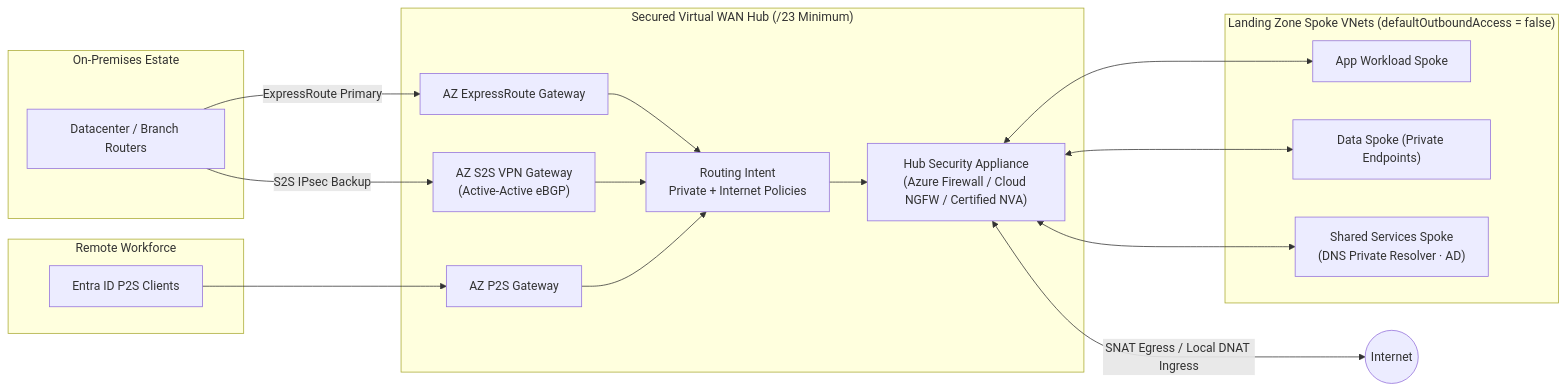
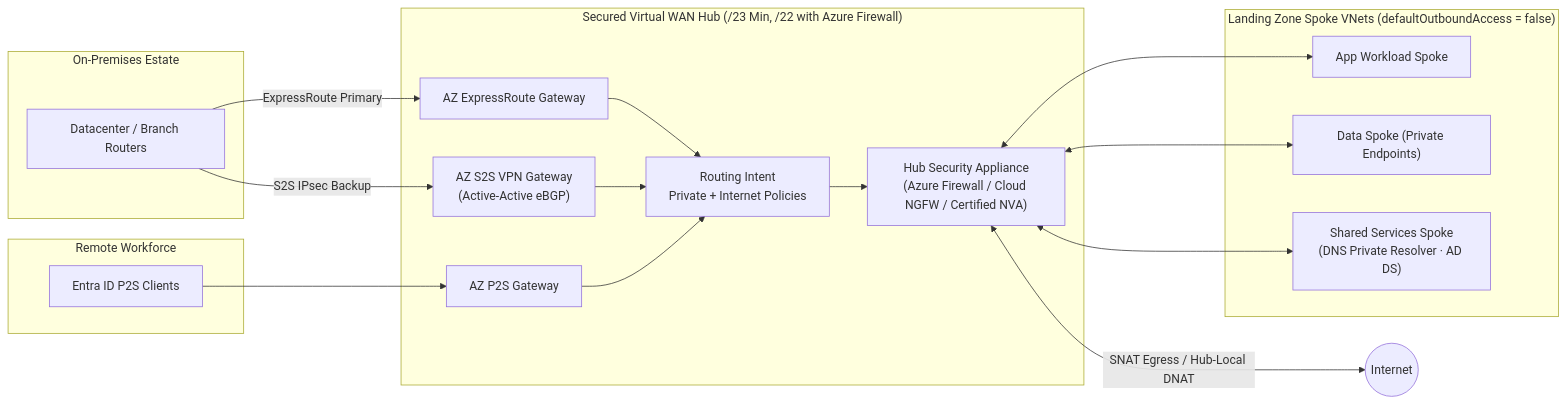
The diagram in src/content/docs/06-operations-reviews/vwan-review-checklist.md (jonathan-vella/azure-networking), drawn with Mermaid before and after one commit. The commit also changed other lines of this file and 4 other files, not shown here.

First line of the commit message:
docs(reviews): fact-check Virtual WAN checklist, addendum & FAQ and add review SVGs

````diff
--- a/src/content/docs/06-operations-reviews/vwan-review-checklist.md
+++ b/src/content/docs/06-operations-reviews/vwan-review-checklist.md
@@ -32,34 +36,34 @@
 ```mermaid
 flowchart LR
   subgraph OnPrem["On-Premises Estate"]
     BR["Datacenter / Branch Routers"]
   end
   subgraph Users["Remote Workforce"]
     P2S["Entra ID P2S Clients"]
   end
-  subgraph VWAN["Secured Virtual WAN Hub (/23 Minimum)"]
+  subgraph VWAN["Secured Virtual WAN Hub (/23 Min, /22 with Azure Firewall)"]
     ERG["AZ ExpressRoute Gateway"]
     S2S["AZ S2S VPN Gateway<br/>(Active-Active eBGP)"]
     P2SG["AZ P2S Gateway"]
     RI["Routing Intent<br/>Private + Internet Policies"]
     SECAPP["Hub Security Appliance<br/>(Azure Firewall / Cloud NGFW / Certified NVA)"]
   end
   subgraph Spokes["Landing Zone Spoke VNets (defaultOutboundAccess = false)"]
     APP["App Workload Spoke"]
     DATA["Data Spoke (Private Endpoints)"]
-    SHARED["Shared Services Spoke<br/>(DNS Private Resolver · AD)"]
+    SHARED["Shared Services Spoke<br/>(DNS Private Resolver · AD DS)"]
   end
   Internet(("Internet"))
 
   BR -->|ExpressRoute Primary| ERG
   BR -->|S2S IPsec Backup| S2S
   P2S --> P2SG
   ERG --> RI
   S2S --> RI
   P2SG --> RI
   RI --> SECAPP
   SECAPP <--> APP
   SECAPP <--> DATA
   SECAPP <--> SHARED
-  SECAPP <-->|SNAT Egress / Local DNAT Ingress| Internet
+  SECAPP <-->|SNAT Egress / Hub-Local DNAT| Internet
 ```
````
